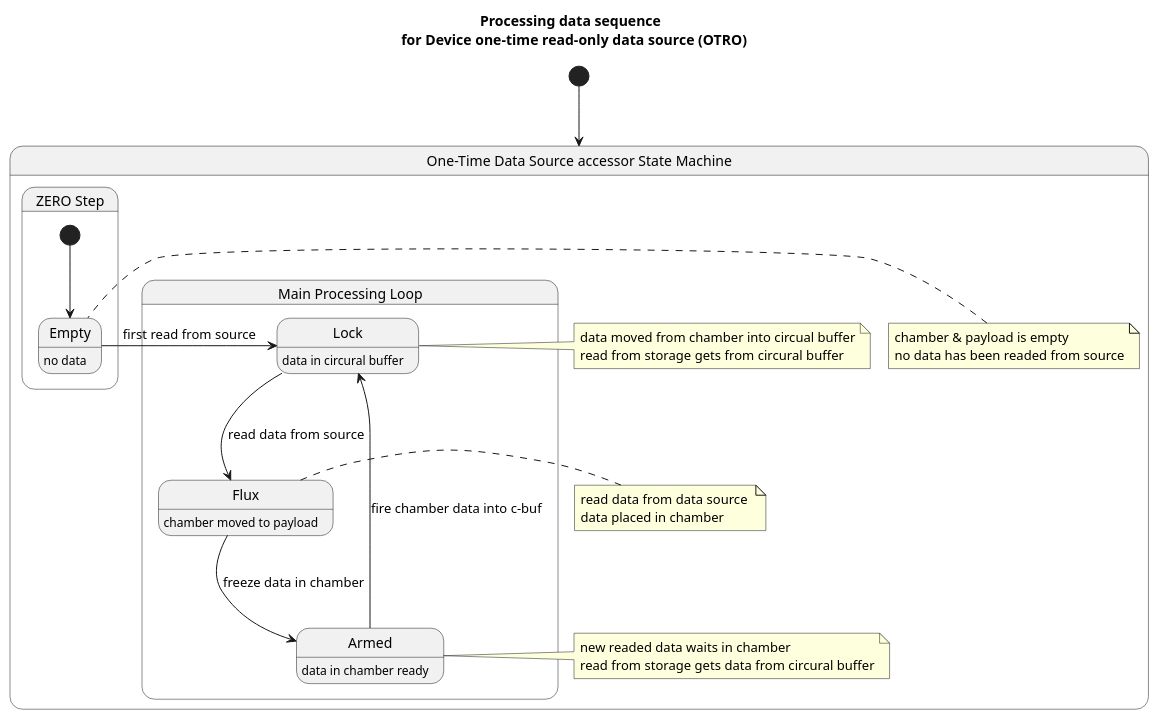
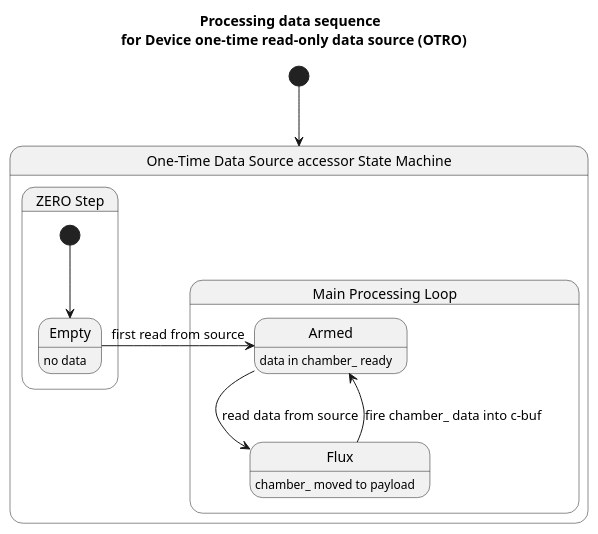
One commit to michalwidera/retractordb changed the diagram in src/retractor/UML/storage-access-state.puml. Above: the diagram before and after it, drawn with PlantUML. The commit also changed 71 other files, not shown here.

```diff
--- a/src/retractor/UML/storage-access-state.puml
+++ b/src/retractor/UML/storage-access-state.puml
@@ -1,46 +1,24 @@
 @startuml
 
 title Processing data sequence \n for Device one-time read-only data source (OTRO)
 [*] --> Storage
 
 state Storage as "One-Time Data Source accessor State Machine" {
 
   state ZeroStep as "ZERO Step" {
     [*] --> Empty
     state Empty : no data
   }
 
   state MainLoop as "Main Processing Loop" {
-    state Armed : data in chamber ready
-    state Flux : chamber moved to payload
-    state Lock : data in circural buffer 
-    Flux ---> Armed : freeze data in chamber
-    Armed ---> Lock : fire chamber data into c-buf
-    Lock ---> Flux : read data from source
+    state Armed : data in chamber_ ready
+    state Flux : chamber_ moved to payload
+    Flux --> Armed : fire chamber_ data into c-buf
+    Armed --> Flux : read data from source
   }
 
-  Empty -> Lock : first read from source
-
-  note right of Flux
-  read data from data source 
-  data placed in chamber
-  end note
-  
-  note right of Armed
-  new readed data waits in chamber
-  read from storage gets data from circural buffer
-  end note
-  
-  note right of Lock
-  data moved from chamber into circual buffer
-  read from storage gets from circural buffer
-  end note
-
-  note left of Empty
-  chamber & payload is empty 
-  no data has been readed from source
-  end note
+  Empty -> Armed : first read from source
 
   }
 
 @enduml
```
